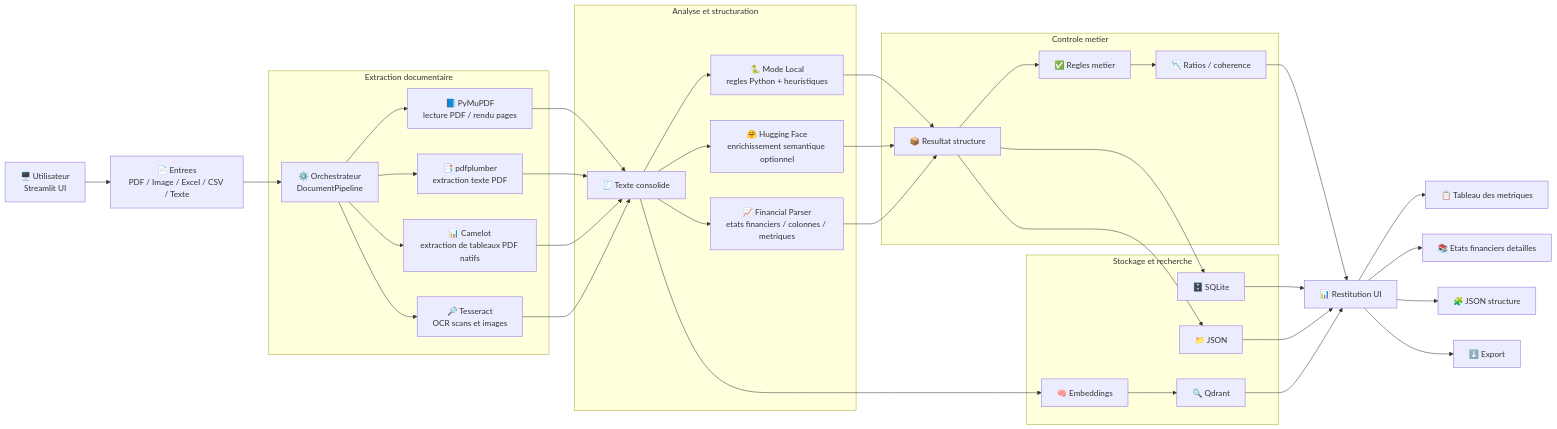
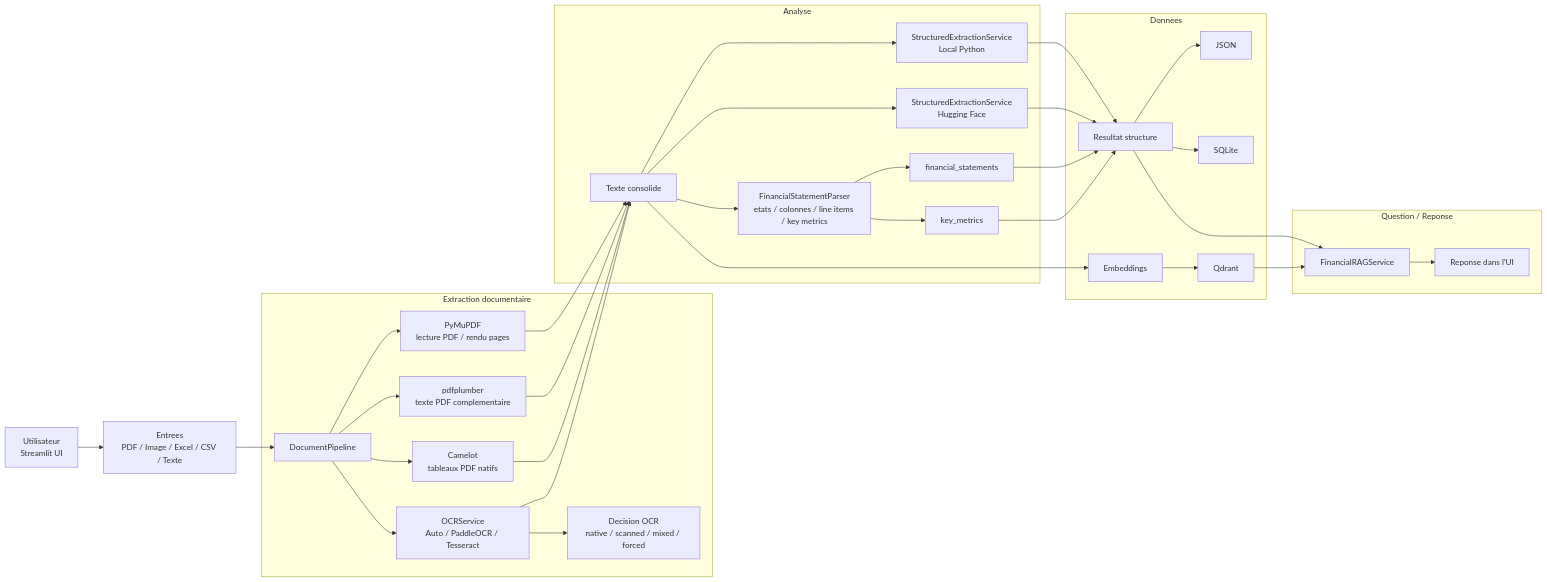
One commit to Mohazem/IC-FS changed the first of 2 diagrams in README.md. Above: the diagram before and after it, drawn with Mermaid. The commit also changed other lines of this file and 7 other files, not shown here.

Commit message:
Stabilize PaddleOCR and refresh architecture docs

````diff
--- a/README.md
+++ b/README.md
@@ -16,50 +19,44 @@
 ```mermaid
 flowchart LR
-    U["🖥️ Utilisateur<br/>Streamlit UI"] --> I["📄 Entrees<br/>PDF / Image / Excel / CSV / Texte"]
+    U["Utilisateur<br/>Streamlit UI"] --> IN["Entrees<br/>PDF / Image / Excel / CSV / Texte"]
+    IN --> P["DocumentPipeline"]
 
-    I --> P["⚙️ Orchestrateur<br/>DocumentPipeline"]
-
-    subgraph E["Extraction documentaire"]
-        P --> E1["📘 PyMuPDF<br/>lecture PDF / rendu pages"]
-        P --> E2["📑 pdfplumber<br/>extraction texte PDF"]
-        P --> E3["📊 Camelot<br/>extraction de tableaux PDF natifs"]
-        P --> E4["🔎 Tesseract<br/>OCR scans et images"]
+    subgraph EX["Extraction documentaire"]
+        P --> E1["PyMuPDF<br/>lecture PDF / rendu pages"]
+        P --> E2["pdfplumber<br/>texte PDF complementaire"]
+        P --> E3["Camelot<br/>tableaux PDF natifs"]
+        P --> E4["OCRService<br/>Auto / PaddleOCR / Tesseract"]
+        E4 --> E41["Decision OCR<br/>native / scanned / mixed / forced"]
     end
 
-    E1 --> T["🧾 Texte consolide"]
-    E2 --> T
-    E3 --> T
-    E4 --> T
+    E1 --> TXT["Texte consolide"]
+    E2 --> TXT
+    E3 --> TXT
+    E4 --> TXT
 
-    subgraph A["Analyse et structuration"]
-        T --> A1["🐍 Mode Local<br/>regles Python + heuristiques"]
-        T --> A2["🤗 Hugging Face<br/>enrichissement semantique optionnel"]
-        T --> A3["📈 Financial Parser<br/>etats financiers / colonnes / metriques"]
+    subgraph AN["Analyse"]
+        TXT --> S1["StructuredExtractionService<br/>Local Python"]
+        TXT --> S2["StructuredExtractionService<br/>Hugging Face"]
+        TXT --> FP["FinancialStatementParser<br/>etats / colonnes / line items / key metrics"]
+        FP --> FR["financial_statements"]
+        FP --> KM["key_metrics"]
     end
 
-    A1 --> R["📦 Resultat structure"]
-    A2 --> R
-    A3 --> R
+    S1 --> OUT["Resultat structure"]
+    S2 --> OUT
+    FR --> OUT
+    KM --> OUT
 
-    subgraph B["Controle metier"]
-        R --> B1["✅ Regles metier"]
-        B1 --> B2["📉 Ratios / coherence"]
+    subgraph DATA["Donnees"]
+        OUT --> ST1["JSON"]
+        OUT --> ST2["SQLite"]
+        TXT --> EMB["Embeddings"]
+        EMB --> Q["Qdrant"]
     end
 
-    subgraph S["Stockage et recherche"]
-        R --> S1["🗄️ SQLite"]
-        R --> S2["📁 JSON"]
-        T --> S3["🧠 Embeddings"]
-        S3 --> S4["🔍 Qdrant"]
+    subgraph CHAT["Question / Reponse"]
+        OUT --> RAG["FinancialRAGService"]
+        Q --> RAG
+        RAG --> UIR["Reponse dans l'UI"]
     end
-
-    B2 --> O["📊 Restitution UI"]
-    S1 --> O
-    S2 --> O
-    S4 --> O
-
-    O --> O1["📋 Tableau des metriques"]
-    O --> O2["📚 Etats financiers detailles"]
-    O --> O3["🧩 JSON structure"]
-    O --> O4["⬇️ Export"]
 ```
````
